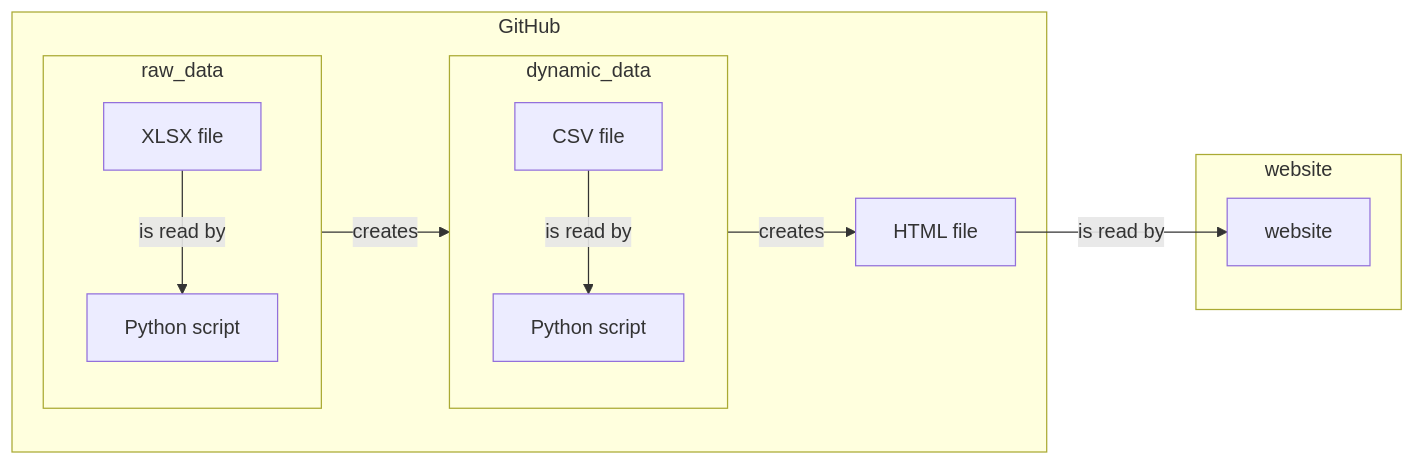
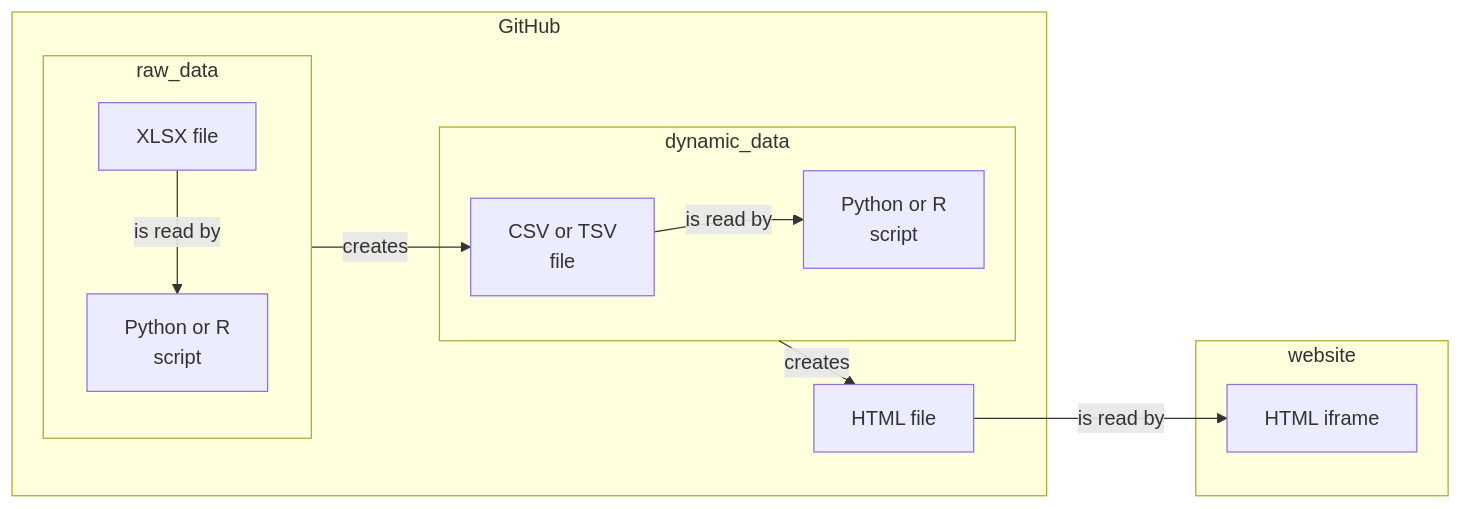
One commit to eamena-project/eamena-arches-dev changed the first of 4 diagrams in dev/README.md. Above: the diagram before and after it, drawn with Mermaid. The commit also changed 2 other files, not shown here.

````diff
--- a/dev/README.md
+++ b/dev/README.md
@@ -14,19 +14,23 @@
 ```mermaid
 flowchart LR
   subgraph GitHub
   subgraph raw_data
-    A[XLSX file] --is read by--> B[Python script];
+    A[XLSX file] --is read by--> B[Python or R<br>script];
   end
   subgraph dynamic_data
-    C[CSV file];
-    D[Python script];
+    C[CSV or TSV<br>file];
+    D[Python or R<br>script];
   end
-  raw_data --creates--> dynamic_data;
+  raw_data --creates--> C;
   C --is read by--> D
   dynamic_data --creates--> E[HTML file]
   end
   subgraph website
     F[website]
   end
-  E -- is read by --> F[website]
+  E -- is read by --> F[HTML iframe]
+
+  click A "https://github.com/eamena-project/eamena-arches-dev/blob/main/dbs/database.eamena/data/reference_data/rm/hp/mds/mds-template.xlsx" _blank
+  click B "https://github.com/eamena-project/eamena-arches-dev/blob/main/dbs/database.eamena/data/reference_data/rm/hp/mds/ref_hp_field_description.R" _blank
+  click E "https://eamena-project.github.io/eamena-arches-dev/dbs/database.eamena/data/reference_data/rm/hp/mds/fields-description.html" _blank
 ```
````
